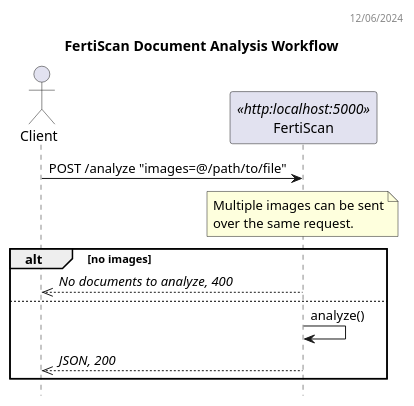
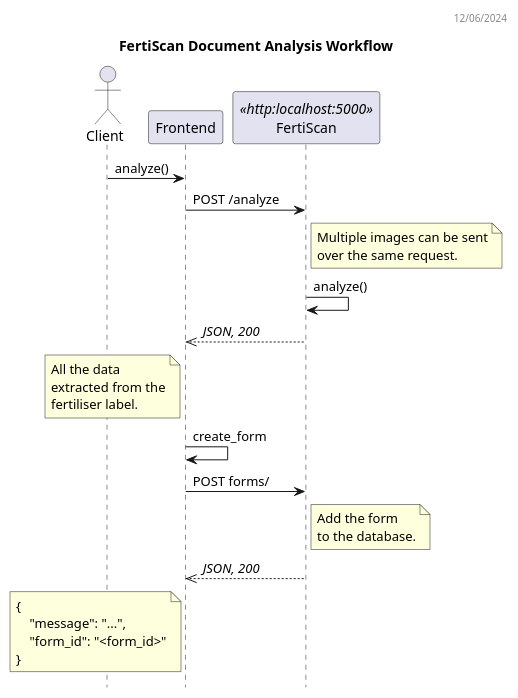
The diagram in docs/workflow_dss.puml (ai-cfia/fertiscan-backend), drawn with PlantUML before and after one commit. The commit also changed 10 other files, not shown here.

```diff
--- a/docs/workflow_dss.puml
+++ b/docs/workflow_dss.puml
@@ -1,23 +1,38 @@
 @startuml FertiScan Sequence Diagram
 header 12/06/2024
 
 title FertiScan Document Analysis Workflow
 hide empty members
 hide footbox
 
 actor "Client" as C
-participant FertiScan as F <<http:localhost:5000>>
+participant Frontend as FE
+participant FertiScan as BE <<http:localhost:5000>>
 
-C -> F: POST /analyze "images=@/path/to/file"
-note over F
+C -> FE: analyze()
+FE -> BE: POST /analyze
+note right BE
   Multiple images can be sent
   over the same request.
 end note
-alt no images
-  C <<-- F: //No documents to analyze, 400//
-else
-  F -> F: analyze()  
-  C <<-- F: //JSON, 200//
-end
-
+BE -> BE: analyze()
+FE <<-- BE: //JSON, 200//
+note left FE
+  All the data
+  extracted from the
+  fertiliser label.
+end note
+FE -> FE: create_form
+FE -> BE: POST forms/
+note right BE
+  Add the form
+  to the database.
+end note
+FE <<-- BE: //JSON, 200//
+note left FE
+  {
+      "message": "...",
+      "form_id": "<form_id>"
+  }  
+end note
 @enduml
```
